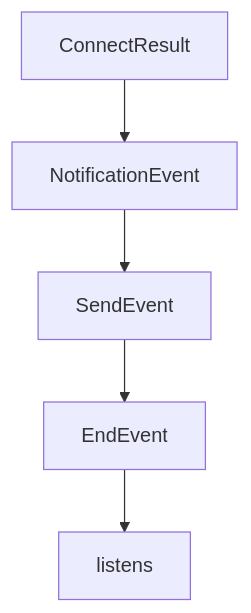
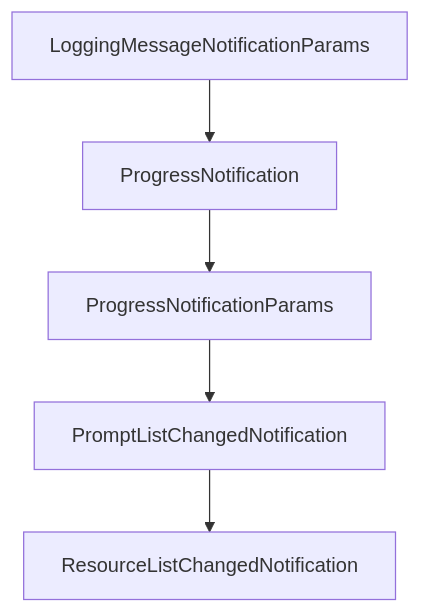
The diagram in tutorials/mcp-kotlin-sdk-tutorial/03-client-runtime-and-capability-negotiation.md (johnxie/awesome-code-docs), drawn with Mermaid before and after one commit. The commit also changed other lines of this file and 1232 other files, not shown here.

````diff
--- a/tutorials/mcp-kotlin-sdk-tutorial/03-client-runtime-and-capability-negotiation.md
+++ b/tutorials/mcp-kotlin-sdk-tutorial/03-client-runtime-and-capability-negotiation.md
@@ -220,12 +218,12 @@
 ```mermaid
 flowchart TD
-    A[ConnectResult]
-    B[NotificationEvent]
-    C[SendEvent]
-    D[EndEvent]
-    E[listens]
+    A[LoggingMessageNotificationParams]
+    B[ProgressNotification]
+    C[ProgressNotificationParams]
+    D[PromptListChangedNotification]
+    E[ResourceListChangedNotification]
     A --> B
     B --> C
     C --> D
     D --> E
 ```
````
